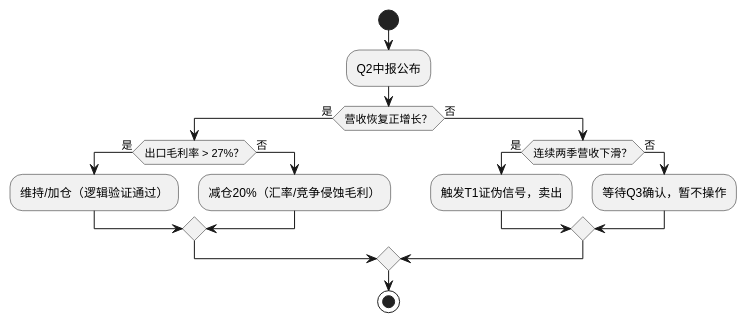
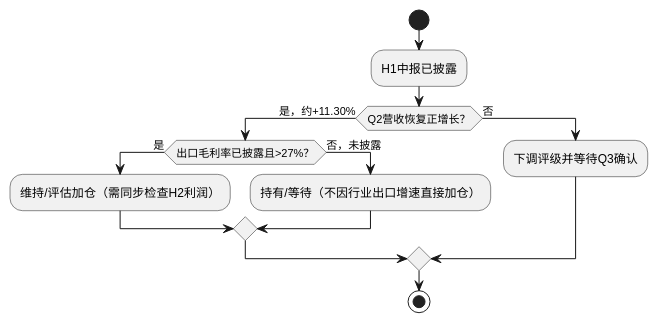
The diagram in investigation/equities/宇通客车/跟踪手册.md (hrzzzrh/QuantPyLab), drawn with PlantUML before and after one commit. The commit also changed other lines of this file and 93 other files, not shown here.

````diff
--- a/investigation/equities/宇通客车/跟踪手册.md
+++ b/investigation/equities/宇通客车/跟踪手册.md
@@ -83,20 +98,16 @@
 ```plantuml
 @startuml
 start
-:Q2中报公布;
-if (营收恢复正增长？) then (是)
-  if (出口毛利率 > 27%？) then (是)
-    :维持/加仓（逻辑验证通过）;
-  else (否)
-    :减仓20%（汇率/竞争侵蚀毛利）;
+:H1中报已披露;
+if (Q2营收恢复正增长？) then (是，约+11.30%)
+  if (出口毛利率已披露且>27%？) then (是)
+    :维持/评估加仓（需同步检查H2利润）;
+  else (否，未披露)
+    :持有/等待（不因行业出口增速直接加仓）;
   endif
 else (否)
-  if (连续两季营收下滑？) then (是)
-    :触发T1证伪信号，卖出;
-  else (否)
-    :等待Q3确认，暂不操作;
-  endif
+  :下调评级并等待Q3确认;
 endif
 stop
 @enduml
 ```
````
